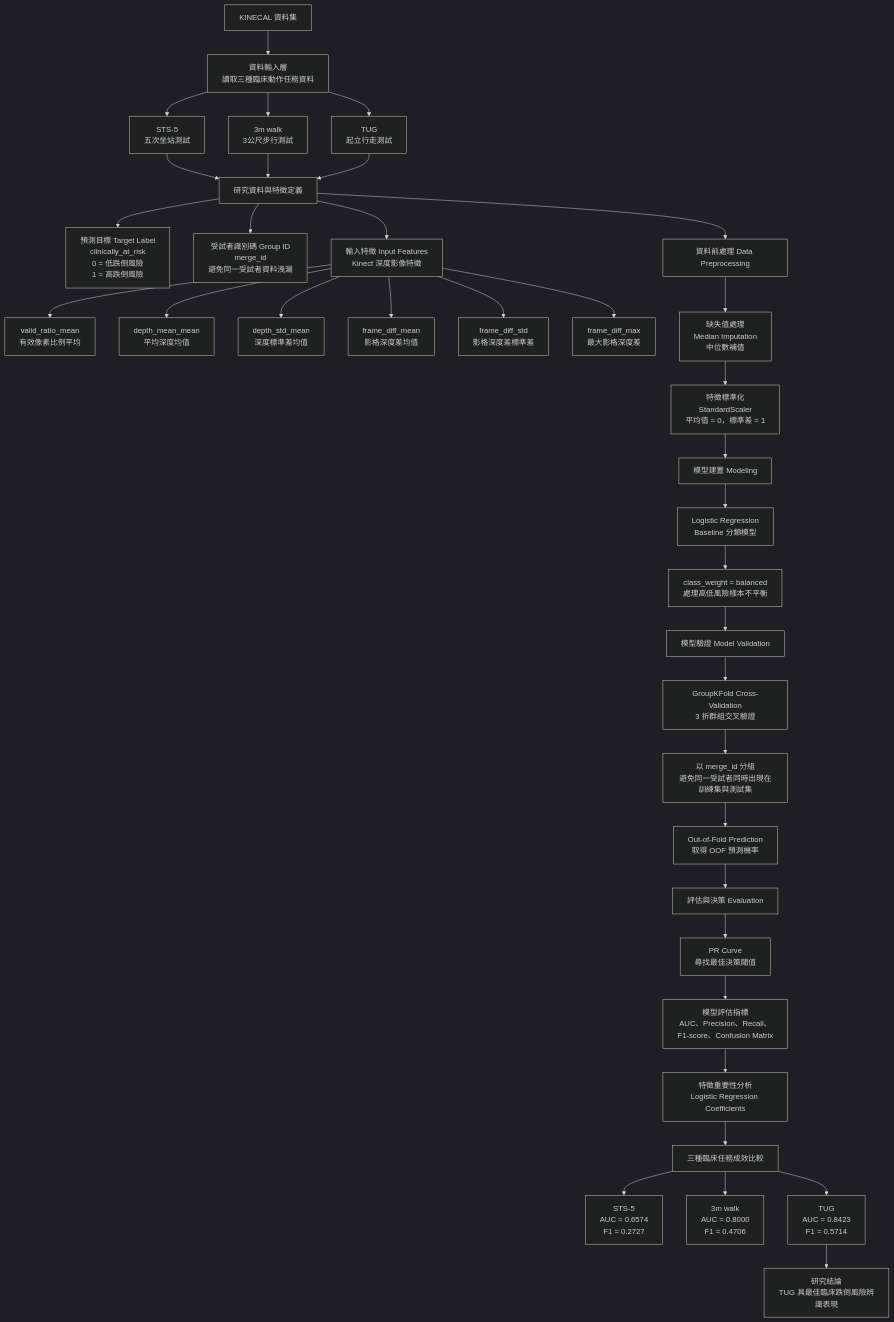
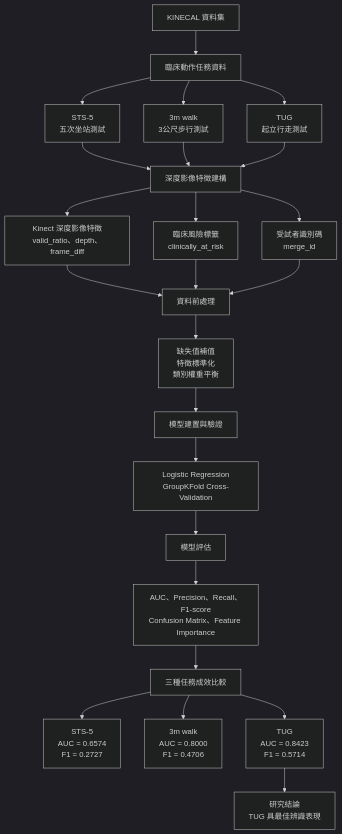
The diagram in hw05.md (CHIUTZUCHUNAN/114-1B-5), drawn with Mermaid (dark theme) before and after one commit.

````diff
--- a/hw05.md
+++ b/hw05.md
@@ -1,48 +1,35 @@
 ```mermaid
 flowchart TD
-    A["KINECAL 資料集"] --> B["資料輸入層<br/>讀取三種臨床動作任務資料"]
+    A["KINECAL 資料集"] --> B["臨床動作任務資料"]
 
     B --> B1["STS-5<br/>五次坐站測試"]
     B --> B2["3m walk<br/>3公尺步行測試"]
     B --> B3["TUG<br/>起立行走測試"]
 
-    B1 --> C["研究資料與特徵定義"]
+    B1 --> C["深度影像特徵建構"]
     B2 --> C
     B3 --> C
 
-    C --> C1["預測目標 Target Label<br/>clinically_at_risk<br/>0 = 低跌倒風險<br/>1 = 高跌倒風險"]
-    C --> C2["受試者識別碼 Group ID<br/>merge_id<br/>避免同一受試者資料洩漏"]
-    C --> C3["輸入特徵 Input Features<br/>Kinect 深度影像特徵"]
+    C --> C1["Kinect 深度影像特徵<br/>valid_ratio、depth、frame_diff"]
+    C --> C2["臨床風險標籤<br/>clinically_at_risk"]
+    C --> C3["受試者識別碼<br/>merge_id"]
 
-    C3 --> F1["valid_ratio_mean<br/>有效像素比例平均"]
-    C3 --> F2["depth_mean_mean<br/>平均深度均值"]
-    C3 --> F3["depth_std_mean<br/>深度標準差均值"]
-    C3 --> F4["frame_diff_mean<br/>影格深度差均值"]
-    C3 --> F5["frame_diff_std<br/>影格深度差標準差"]
-    C3 --> F6["frame_diff_max<br/>最大影格深度差"]
+    C1 --> D["資料前處理"]
+    C2 --> D
+    C3 --> D
 
-    C --> D["資料前處理 Data Preprocessing"]
-    D --> D1["缺失值處理<br/>Median Imputation<br/>中位數補值"]
-    D1 --> D2["特徵標準化<br/>StandardScaler<br/>平均值 = 0，標準差 = 1"]
+    D --> D1["缺失值補值<br/>特徵標準化<br/>類別權重平衡"]
 
-    D2 --> E["模型建置 Modeling"]
-    E --> E1["Logistic Regression<br/>Baseline 分類模型"]
-    E1 --> E2["class_weight = balanced<br/>處理高低風險樣本不平衡"]
+    D1 --> E["模型建置與驗證"]
+    E --> E1["Logistic Regression<br/>GroupKFold Cross-Validation"]
 
-    E2 --> G["模型驗證 Model Validation"]
-    G --> G1["GroupKFold Cross-Validation<br/>3 折群組交叉驗證"]
-    G1 --> G2["以 merge_id 分組<br/>避免同一受試者同時出現在訓練集與測試集"]
-    G2 --> G3["Out-of-Fold Prediction<br/>取得 OOF 預測機率"]
+    E1 --> F["模型評估"]
+    F --> F1["AUC、Precision、Recall、F1-score<br/>Confusion Matrix、Feature Importance"]
 
-    G3 --> H["評估與決策 Evaluation"]
-    H --> H1["PR Curve<br/>尋找最佳決策閾值"]
-    H1 --> H2["模型評估指標<br/>AUC、Precision、Recall、F1-score、Confusion Matrix"]
-    H2 --> H3["特徵重要性分析<br/>Logistic Regression Coefficients"]
+    F1 --> G["三種任務成效比較"]
+    G --> G1["STS-5<br/>AUC = 0.6574<br/>F1 = 0.2727"]
+    G --> G2["3m walk<br/>AUC = 0.8000<br/>F1 = 0.4706"]
+    G --> G3["TUG<br/>AUC = 0.8423<br/>F1 = 0.5714"]
 
-    H3 --> I["三種臨床任務成效比較"]
-    I --> I1["STS-5<br/>AUC = 0.6574<br/>F1 = 0.2727"]
-    I --> I2["3m walk<br/>AUC = 0.8000<br/>F1 = 0.4706"]
-    I --> I3["TUG<br/>AUC = 0.8423<br/>F1 = 0.5714"]
-
-    I3 --> J["研究結論<br/>TUG 具最佳臨床跌倒風險辨識表現"]
+    G3 --> H["研究結論<br/>TUG 具最佳辨識表現"]
 ```
````
